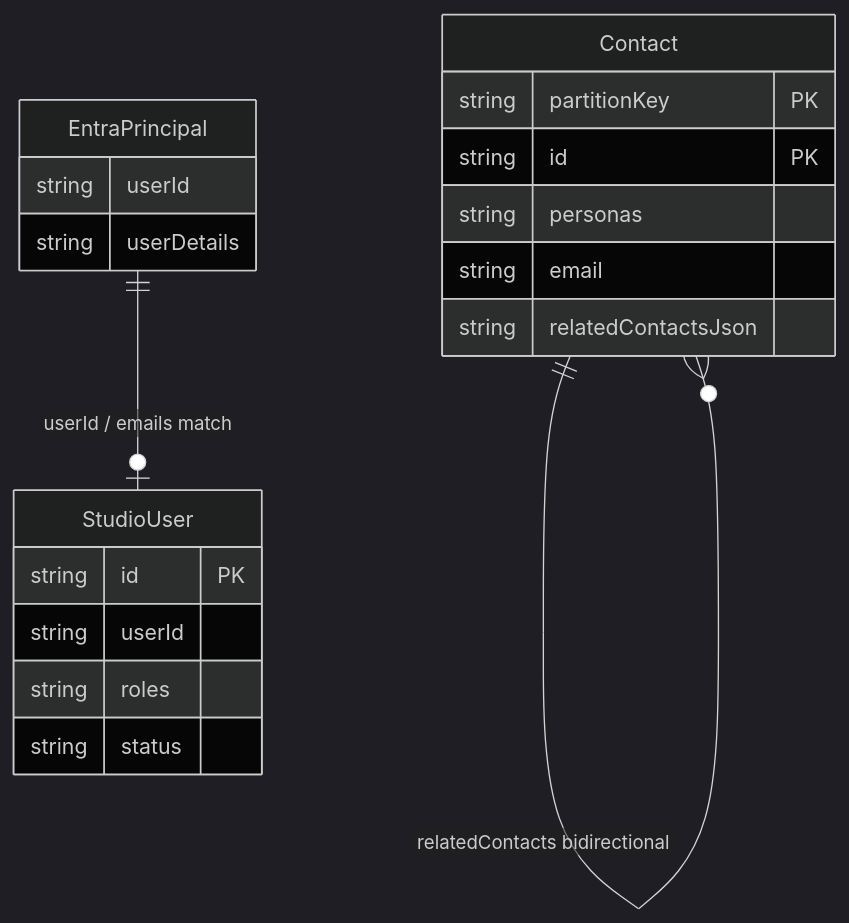
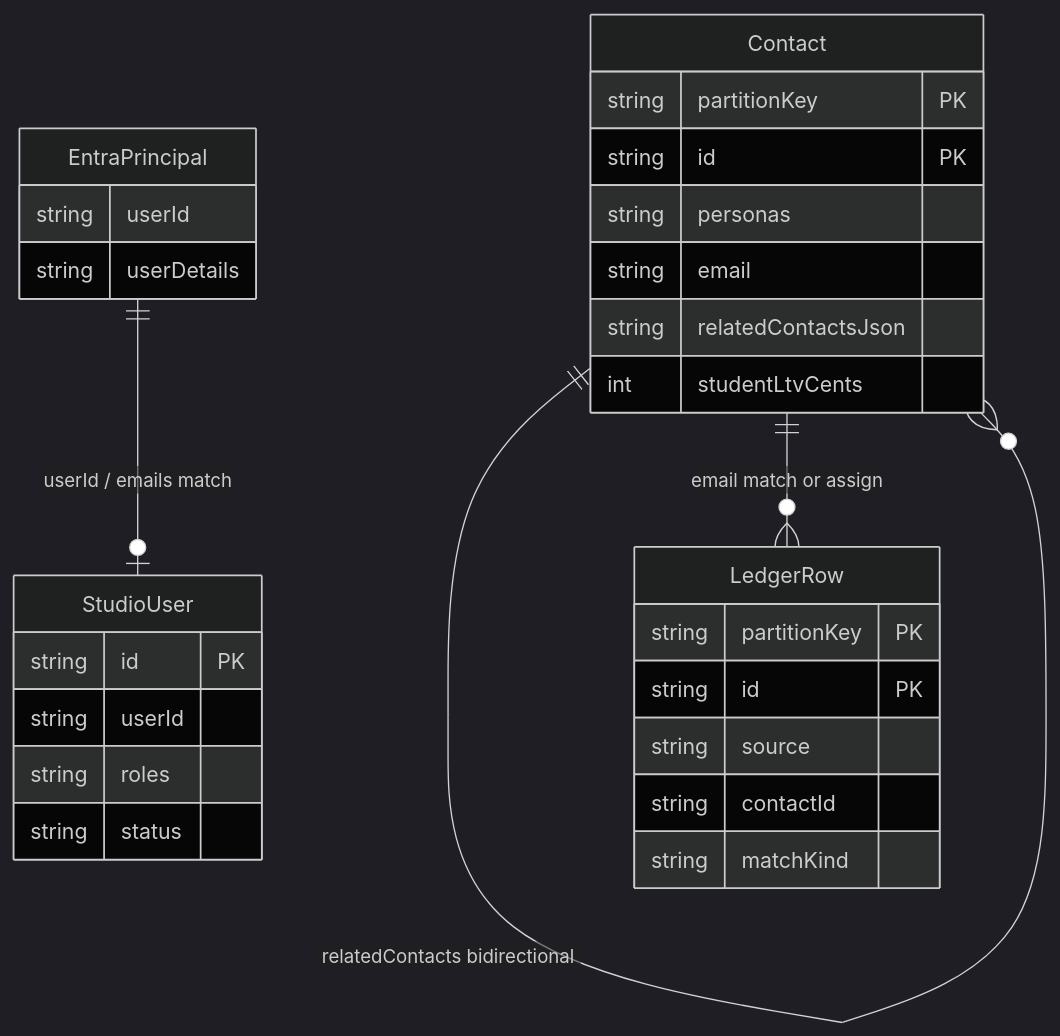
One commit to jefftindall/broadway-portfolio changed the second of 7 diagrams in docs/architecture/data-persistence.md. Above: the diagram before and after it, drawn with Mermaid (dark theme). The commit also changed other lines of this file and 39 other files, not shown here.

First line of the commit message:
STUDIO-P2: Match Stripe LTV, log offline money, and show career value (#115)

````diff
--- a/docs/architecture/data-persistence.md
+++ b/docs/architecture/data-persistence.md
@@ -168,22 +193,31 @@
 ```mermaid
 erDiagram
   Contact ||--o{ Contact : "relatedContacts bidirectional"
+  Contact ||--o{ LedgerRow : "email match or assign"
   EntraPrincipal ||--o| StudioUser : "userId / emails match"
   StudioUser {
     string id PK
     string userId
     string roles
     string status
   }
   Contact {
     string partitionKey PK
     string id PK
     string personas
     string email
     string relatedContactsJson
+    int studentLtvCents
+  }
+  LedgerRow {
+    string partitionKey PK
+    string id PK
+    string source
+    string contactId
+    string matchKind
   }
   EntraPrincipal {
     string userId
     string userDetails
   }
 ```
````
